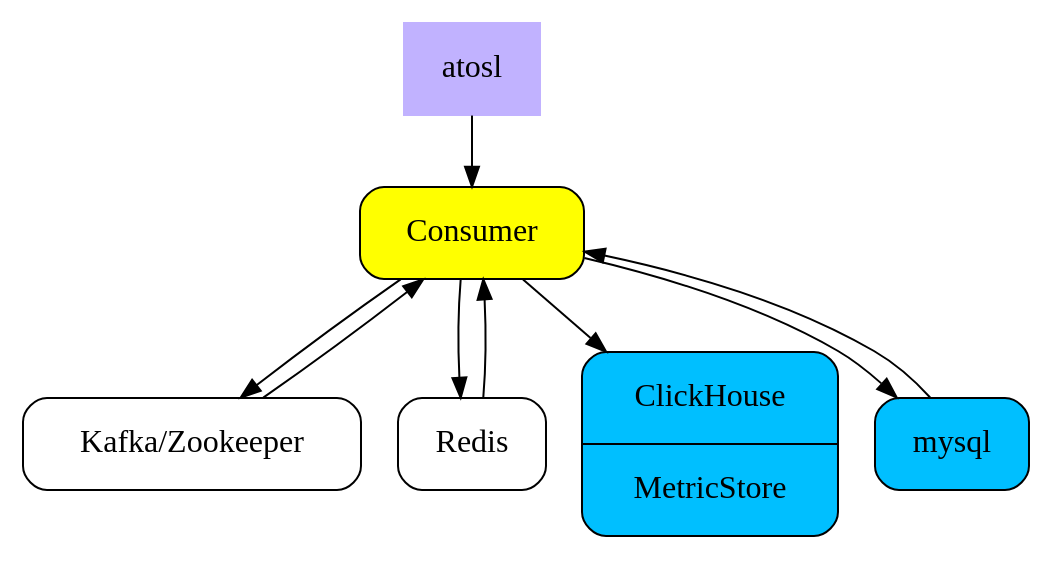
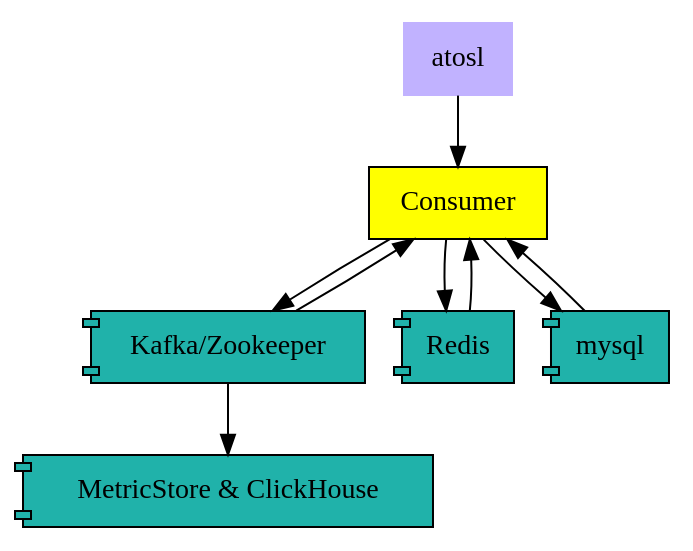
The third of 5 diagrams in docs/installing/architecture.rst (gardenias/docs-test), drawn with Graphviz before and after one commit. The commit also changed other lines of this file, not shown here.

Commit message:
data flow digram

```diff
--- a/docs/installing/architecture.rst
+++ b/docs/installing/architecture.rst
@@ -32,15 +108,17 @@
 .. graphviz::
 
     digraph Consumer {
 
-  	node [margin=0.2, fontsize=16, shape=box, style="rounded,filled", fillcolor=white]
+  	node [fontsize=14, shape=box, style="filled", fillcolor=white]
   	con [label="Consumer", fillcolor=yellow]
-  	k [label="Kafka/Zookeeper"]
-  	r [label="Redis"]
-  	metric [label="{ ClickHouse | MetricStore }", shape=record, fillcolor=deepskyblue1]
-  	m [label="mysql", fillcolor=deepskyblue1]
+    k [label="Kafka/Zookeeper", shape="component", fillcolor="lightseagreen"]
+    r [label="Redis", shape="component", fillcolor="lightseagreen"]
+    m [label="mysql", shape="component", fillcolor="lightseagreen"]
+
+  	metric [label="MetricStore & ClickHouse", shape="component", fillcolor="lightseagreen", style="filled"];
+
     osl [label="atosl", shape=box,style=filled,color=".7 .3 1.0", fillcolor=".7 .3 1.0"]
 
-    {m,r,k,osl} -> con -> {m,k,r,metric}
-
+    {m,r,k,osl} -> con -> {m,k,r}
+    k -> metric;
   }
```
